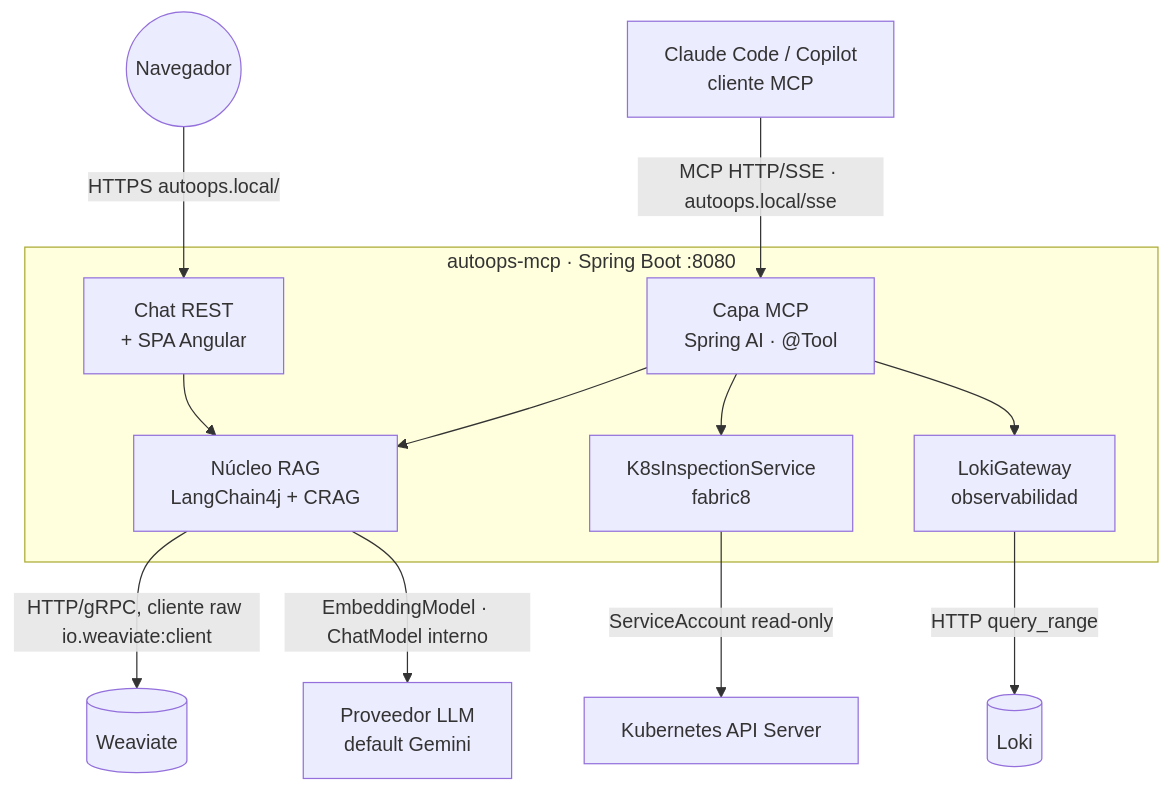
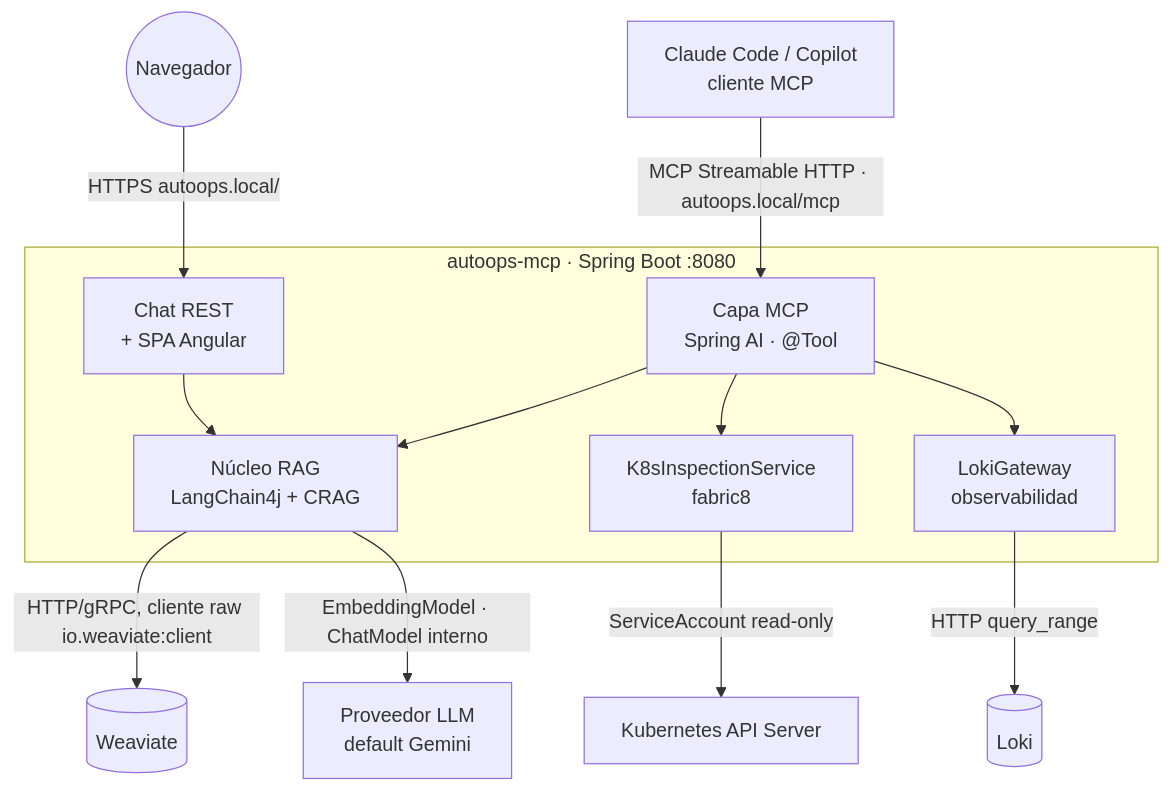
One commit to mikel0ne/ai-platform-portfolio changed the diagram in autoops/docs/arquitectura/02-arquitectura-sistema.md. Above: the diagram before and after it, drawn with Mermaid. The commit also changed other lines of this file and 21 other files, not shown here.

Commit message:
docs(autoops): full audit of architecture and infrastructure docs against the code

````diff
--- a/autoops/docs/arquitectura/02-arquitectura-sistema.md
+++ b/autoops/docs/arquitectura/02-arquitectura-sistema.md
@@ -62,24 +62,24 @@
 ```mermaid
 flowchart TB
     CC[Claude Code / Copilot<br/>cliente MCP]
     BR((Navegador))
-    CC -->|MCP HTTP/SSE · autoops.local/sse| MCP
+    CC -->|MCP Streamable HTTP · autoops.local/mcp| MCP
     BR -->|HTTPS autoops.local/| CHAT
 
     subgraph POD["autoops-mcp · Spring Boot :8080"]
         MCP[Capa MCP<br/>Spring AI · @Tool]
         CHAT[Chat REST<br/>+ SPA Angular]
         RAG[Núcleo RAG<br/>LangChain4j + CRAG]
         K8S[K8sInspectionService<br/>fabric8]
         OBS[LokiGateway<br/>observabilidad]
         MCP --> RAG
         MCP --> K8S
         MCP --> OBS
         CHAT --> RAG
     end
 
     RAG -->|HTTP/gRPC, cliente raw io.weaviate:client| WV[(Weaviate)]
     RAG -->|EmbeddingModel · ChatModel interno| LLM[Proveedor LLM<br/>default Gemini]
     K8S -->|ServiceAccount read-only| KAPI[Kubernetes API Server]
     OBS -->|HTTP query_range| LK[(Loki)]
 ```
````
